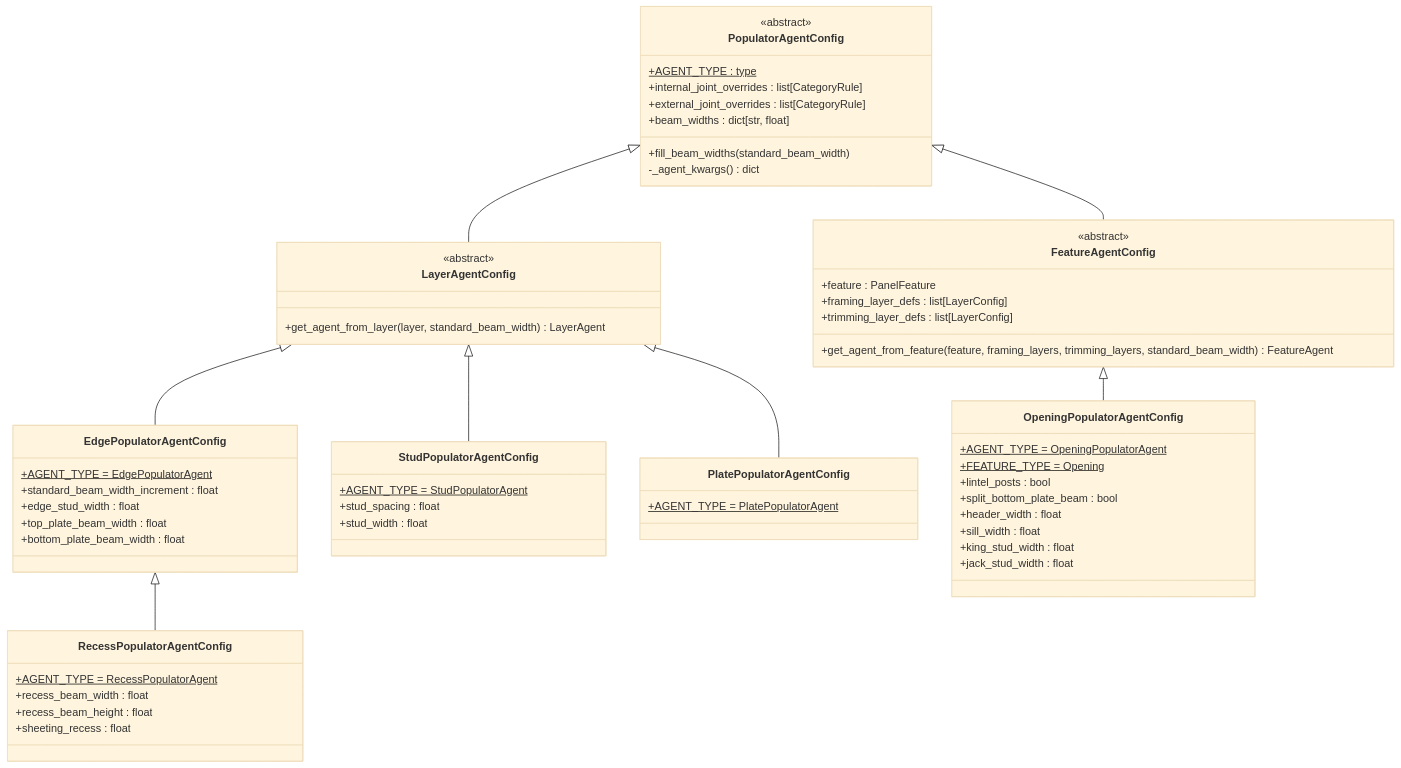
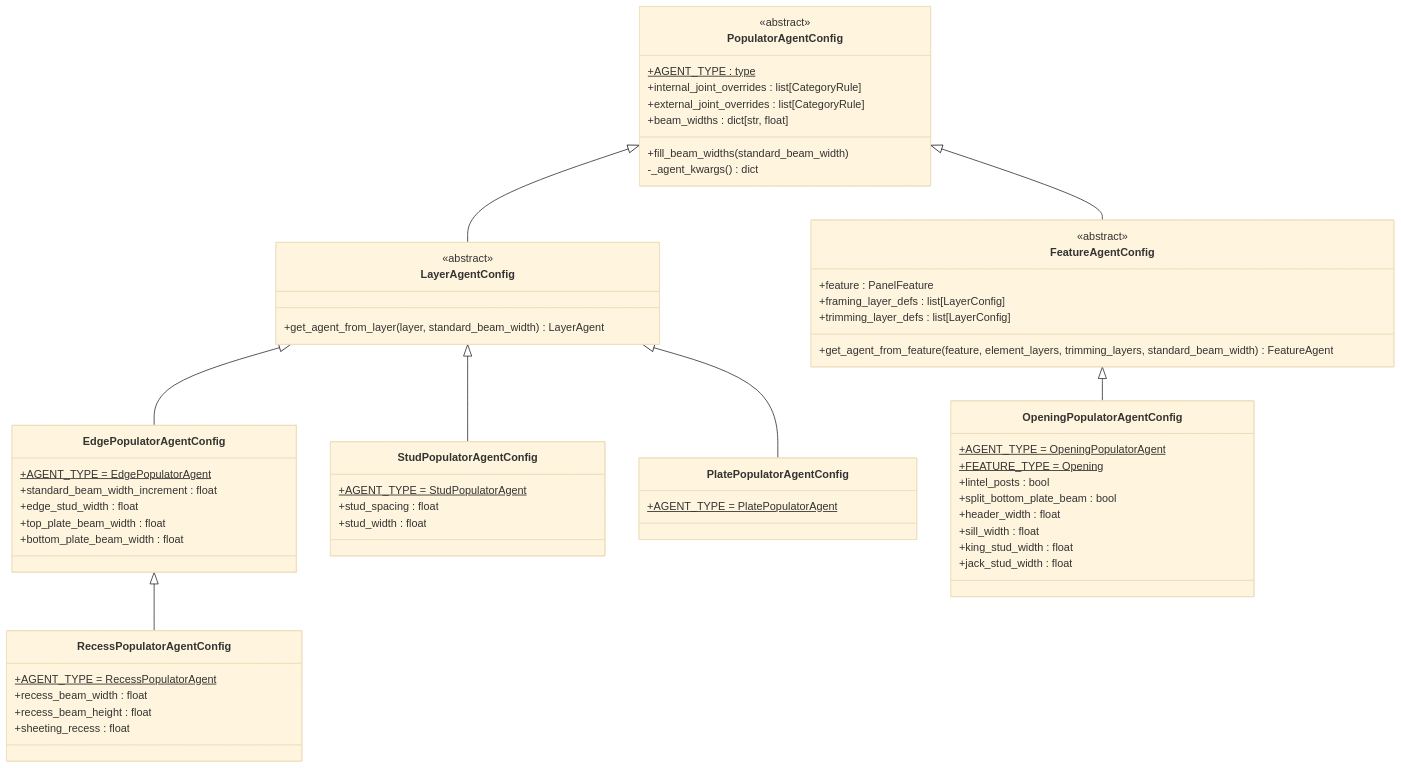
The fifth of 7 diagrams in docs/contribution/class_diagrams.md (gramaziokohler/timber_design), drawn with Mermaid (base theme) before and after one commit. The commit also changed other lines of this file and 27 other files, not shown here.

````diff
--- a/docs/contribution/class_diagrams.md
+++ b/docs/contribution/class_diagrams.md
@@ -365,70 +365,70 @@
 ```mermaid
 classDiagram
 
     class PopulatorAgentConfig {
         <<abstract>>
         +AGENT_TYPE : type$
         +internal_joint_overrides : list[CategoryRule]
         +external_joint_overrides : list[CategoryRule]
         +beam_widths : dict[str, float]
         +fill_beam_widths(standard_beam_width)
         -_agent_kwargs() dict
     }
 
     class LayerAgentConfig {
         <<abstract>>
         +get_agent_from_layer(layer, standard_beam_width) LayerAgent
     }
 
     class FeatureAgentConfig {
         <<abstract>>
         +feature : PanelFeature
         +framing_layer_defs : list[LayerConfig]
         +trimming_layer_defs : list[LayerConfig]
-        +get_agent_from_feature(feature, framing_layers, trimming_layers, standard_beam_width) FeatureAgent
+        +get_agent_from_feature(feature, element_layers, trimming_layers, standard_beam_width) FeatureAgent
     }
 
     class EdgePopulatorAgentConfig {
         +AGENT_TYPE = EdgePopulatorAgent$
         +standard_beam_width_increment : float
         +edge_stud_width : float
         +top_plate_beam_width : float
         +bottom_plate_beam_width : float
     }
 
     class StudPopulatorAgentConfig {
         +AGENT_TYPE = StudPopulatorAgent$
         +stud_spacing : float
         +stud_width : float
     }
 
     class PlatePopulatorAgentConfig {
         +AGENT_TYPE = PlatePopulatorAgent$
     }
 
     class OpeningPopulatorAgentConfig {
         +AGENT_TYPE = OpeningPopulatorAgent$
         +FEATURE_TYPE = Opening$
         +lintel_posts : bool
         +split_bottom_plate_beam : bool
         +header_width : float
         +sill_width : float
         +king_stud_width : float
         +jack_stud_width : float
     }
 
     class RecessPopulatorAgentConfig {
         +AGENT_TYPE = RecessPopulatorAgent$
         +recess_beam_width : float
         +recess_beam_height : float
         +sheeting_recess : float
     }
 
     PopulatorAgentConfig <|-- LayerAgentConfig
     PopulatorAgentConfig <|-- FeatureAgentConfig
     LayerAgentConfig <|-- EdgePopulatorAgentConfig
     LayerAgentConfig <|-- StudPopulatorAgentConfig
     LayerAgentConfig <|-- PlatePopulatorAgentConfig
     EdgePopulatorAgentConfig <|-- RecessPopulatorAgentConfig
     FeatureAgentConfig <|-- OpeningPopulatorAgentConfig
 ```
````
